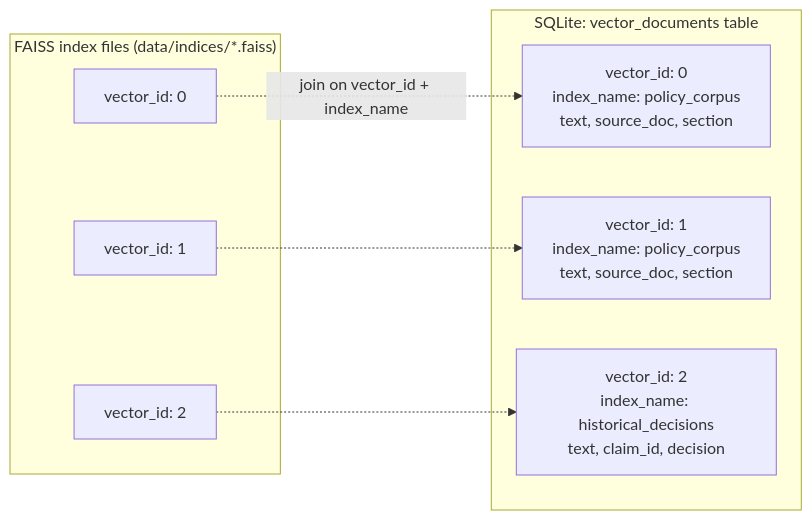
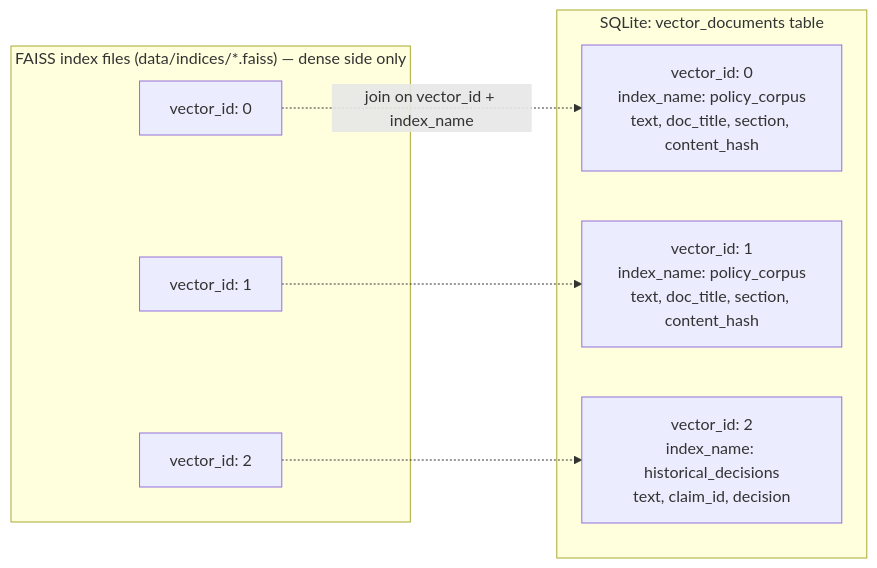
Before and after one commit to haritejan955-ux/Juneproect: the first of 4 diagrams in docs/vector-db-architecture.md, drawn with Mermaid. The commit also changed other lines of this file and 31 other files, not shown here.

````diff
--- a/docs/vector-db-architecture.md
+++ b/docs/vector-db-architecture.md
@@ -23,16 +23,16 @@
 ```mermaid
 graph LR
-    subgraph FAISS["FAISS index files (data/indices/*.faiss)"]
+    subgraph FAISS["FAISS index files (data/indices/*.faiss) — dense side only"]
         V1[vector_id: 0]
         V2[vector_id: 1]
         V3[vector_id: 2]
     end
     subgraph SQLite["SQLite: vector_documents table"]
-        D1["vector_id: 0<br/>index_name: policy_corpus<br/>text, source_doc, section"]
-        D2["vector_id: 1<br/>index_name: policy_corpus<br/>text, source_doc, section"]
+        D1["vector_id: 0<br/>index_name: policy_corpus<br/>text, doc_title, section, content_hash"]
+        D2["vector_id: 1<br/>index_name: policy_corpus<br/>text, doc_title, section, content_hash"]
         D3["vector_id: 2<br/>index_name: historical_decisions<br/>text, claim_id, decision"]
     end
     V1 -.->|join on vector_id + index_name| D1
     V2 -.-> D2
     V3 -.-> D3
 ```
````
